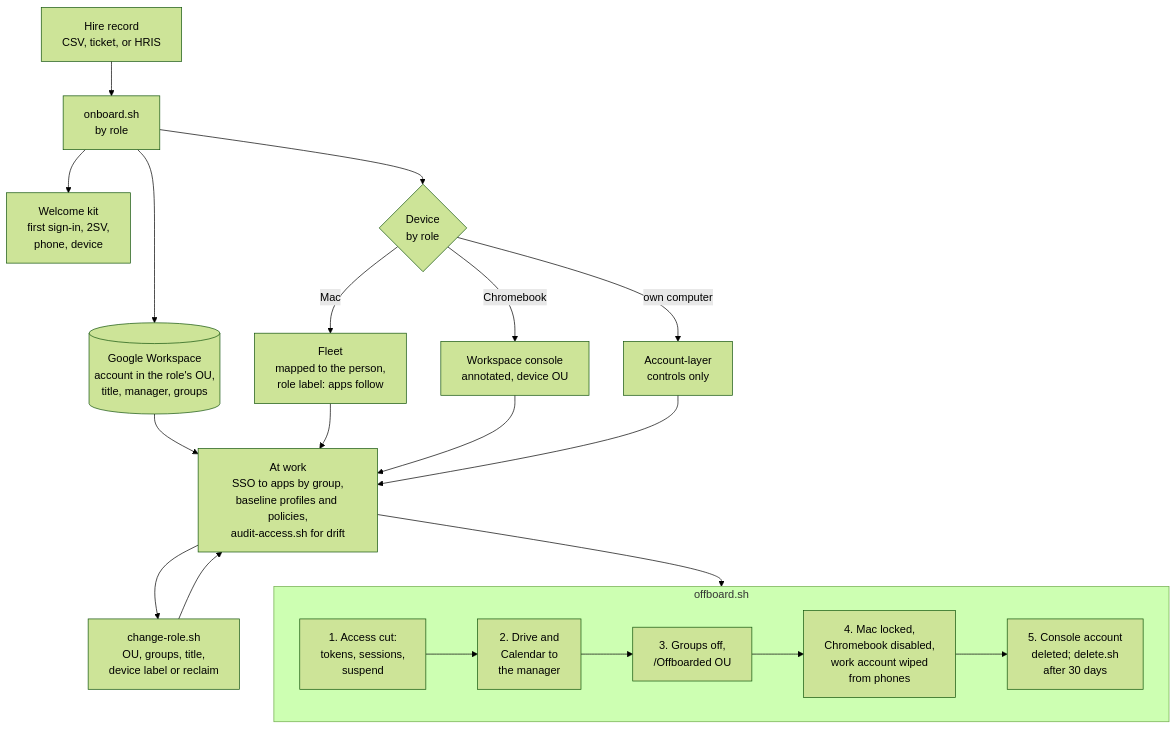
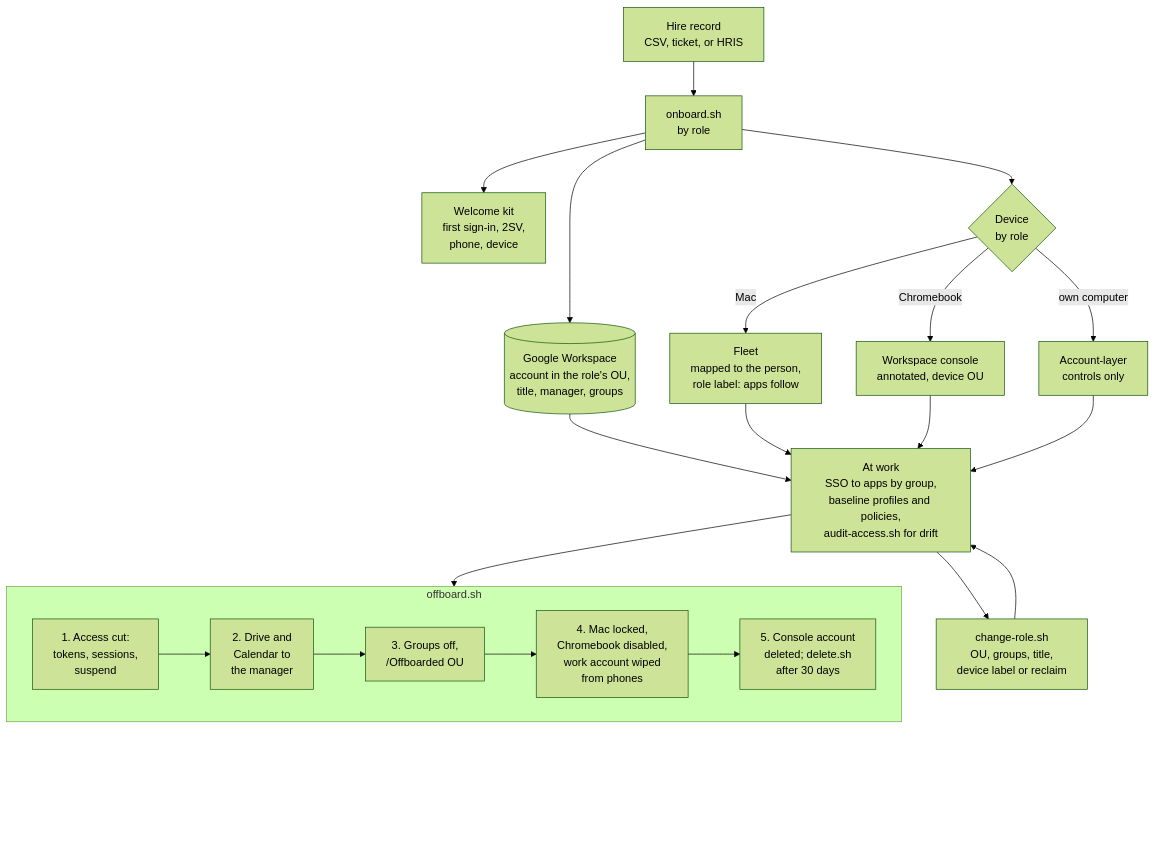
Before and after one commit to tjcollins321/endpoint-identity-lab: the diagram in README.md, drawn with Mermaid (forest theme).

Commit message:
README: room under the offboarding row for the diagram viewer's controls

````diff
--- a/README.md
+++ b/README.md
@@ -25,24 +25,26 @@
 ```mermaid
 flowchart TB
   HR["Hire record<br/>CSV, ticket, or HRIS"] --> ON["onboard.sh<br/>by role"]
   ON --> WS[("Google Workspace<br/>account in the role's OU,<br/>title, manager, groups")]
   ON --> KIT["Welcome kit<br/>first sign-in, 2SV,<br/>phone, device"]
   ON --> DEV{"Device<br/>by role"}
   DEV -->|Mac| FL["Fleet<br/>mapped to the person,<br/>role label: apps follow"]
   DEV -->|Chromebook| CR["Workspace console<br/>annotated, device OU"]
   DEV -->|own computer| BYOD["Account-layer<br/>controls only"]
   WS --> WORK["At work<br/>SSO to apps by group,<br/>baseline profiles and policies,<br/>audit-access.sh for drift"]
   FL --> WORK
   CR --> WORK
   BYOD --> WORK
   WORK --> CH["change-role.sh<br/>OU, groups, title,<br/>device label or reclaim"]
   CH --> WORK
   WORK --> LEAVE
   subgraph LEAVE["offboard.sh"]
     direction LR
     O1["1. Access cut:<br/>tokens, sessions,<br/>suspend"] --> O2["2. Drive and<br/>Calendar to<br/>the manager"]
     O2 --> O3["3. Groups off,<br/>/Offboarded OU"]
     O3 --> O4["4. Mac locked,<br/>Chromebook disabled,<br/>work account wiped<br/>from phones"]
     O4 --> O5["5. Console account<br/>deleted; delete.sh<br/>after 30 days"]
   end
+  LEAVE ~~~~~ PAD[" "]
+  style PAD fill:none,stroke:none
 ```
````
